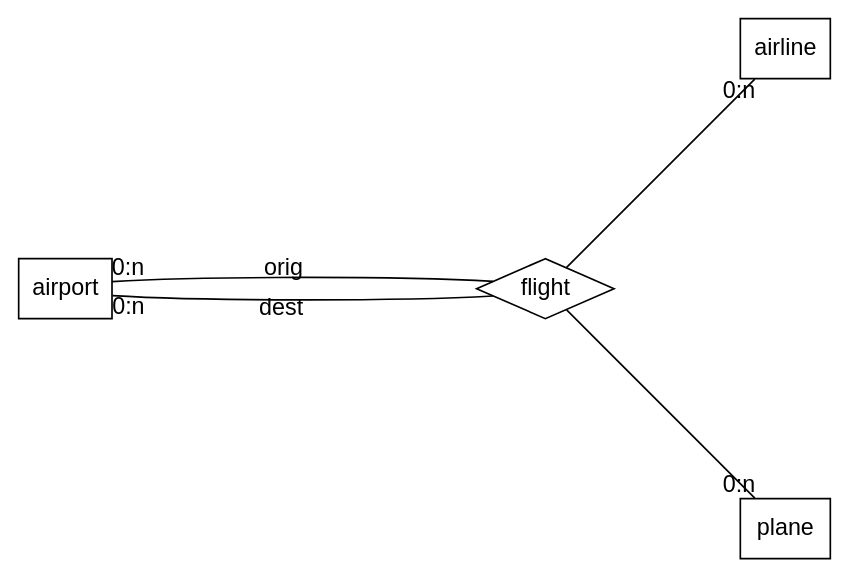
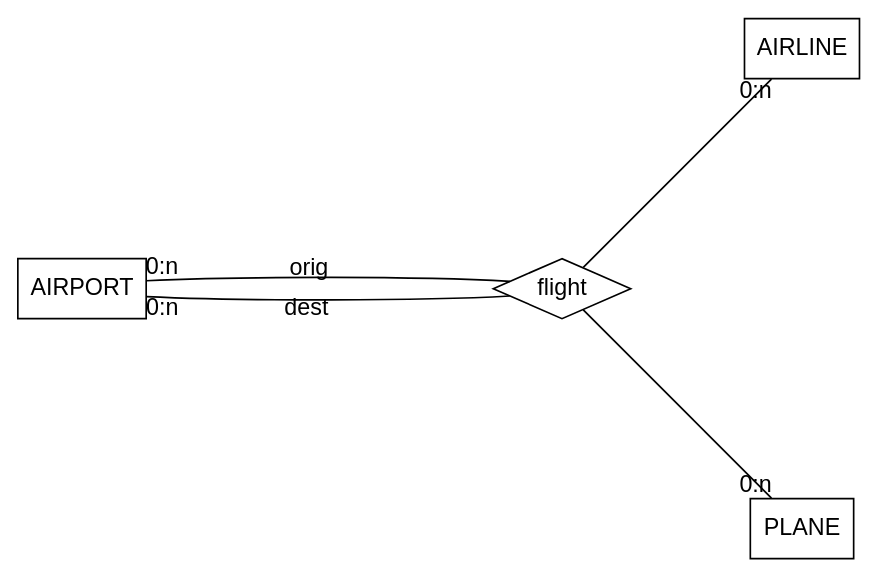
The first of 2 diagrams in slides/Modelisation_2.qmd (bgentou/MA15E045), drawn with Graphviz before and after one commit. The commit also changed other lines of this file and 250 other files, not shown here.

````diff
--- a/slides/Modelisation_2.qmd
+++ b/slides/Modelisation_2.qmd
@@ -485,19 +344,19 @@
 ```{dot}
 //| label: "nyc-quaternaire"
 //| eval: true
 //| echo: false
 graph ER {
 	fontname="Helvetica,Arial,sans-serif"
 	node [fontname="Helvetica,Arial,sans-serif"]
 	edge [fontname="Helvetica,Arial,sans-serif"]
 	layout=fdp
-	node [shape=box]; airport [pos="1,5!"]; plane [pos="7,3!"]; airline [pos="7,7!"];
+	node [shape=box]; AIRPORT [pos="1,5!"]; PLANE [pos="7,3!"]; AIRLINE [pos="7,7!"];
 	node [shape=diamond]; flight [pos="5,5!"];
 	
-	airport -- flight [taillabel="0:n", label="orig"] ;
-	flight -- airport [headlabel="0:n", label="dest"] ;
-	flight -- airline  [headlabel="0:n"] ;
-	flight -- plane [headlabel="0:n"] ;
+	AIRPORT -- flight [taillabel="0:n", label="orig"] ;
+	flight -- AIRPORT [headlabel="0:n", label="dest"] ;
+	flight -- AIRLINE  [headlabel="0:n"] ;
+	flight -- PLANE [headlabel="0:n"] ;
 }
 
 ```
````
